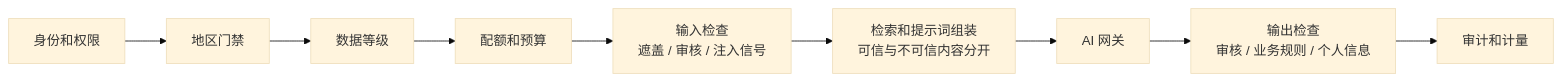
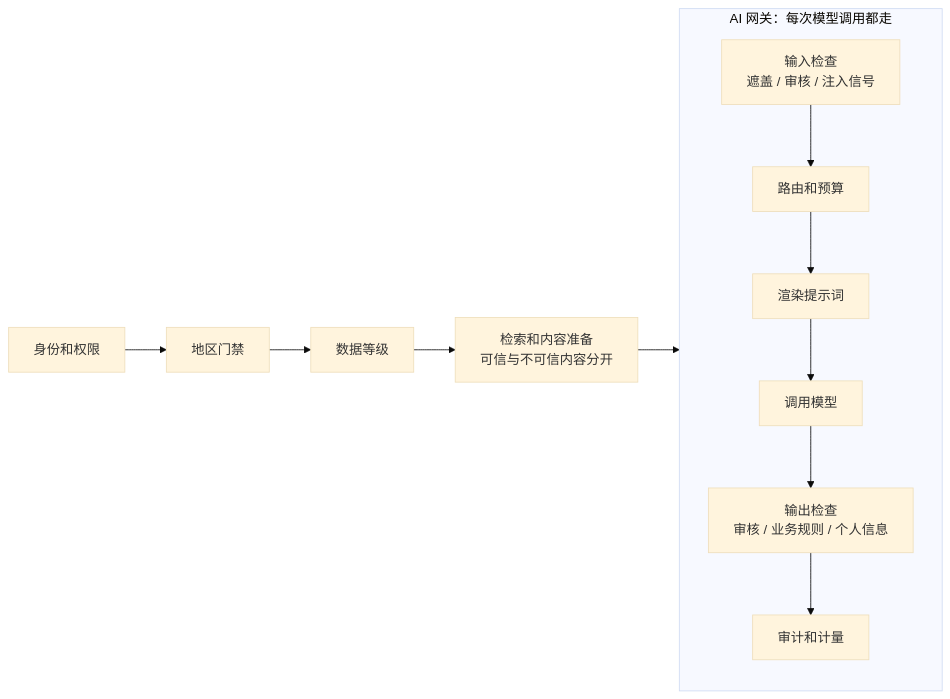
The seventh of 9 diagrams in docs/ai-engine-architecture-blueprint.md (brix-kit-dev/intergent), drawn with Mermaid (base theme) before and after one commit. The commit also changed other lines of this file, not shown here.

````diff
--- a/docs/ai-engine-architecture-blueprint.md
+++ b/docs/ai-engine-architecture-blueprint.md
@@ -734,11 +753,14 @@
 ```mermaid
 flowchart LR
     A["身份和权限"] --> B["地区门禁"]
     B --> C["数据等级"]
-    C --> D["配额和预算"]
-    D --> E["输入检查<br/>遮盖 / 审核 / 注入信号"]
-    E --> F["检索和提示词组装<br/>可信与不可信内容分开"]
-    F --> G["AI 网关"]
-    G --> H["输出检查<br/>审核 / 业务规则 / 个人信息"]
-    H --> I["审计和计量"]
+    C --> D["检索和内容准备<br/>可信与不可信内容分开"]
+    D --> gw
+    subgraph gw["AI 网关：每次模型调用都走"]
+        E["输入检查<br/>遮盖 / 审核 / 注入信号"] --> F["路由和预算"]
+        F --> R["渲染提示词"]
+        R --> M["调用模型"]
+        M --> H["输出检查<br/>审核 / 业务规则 / 个人信息"]
+        H --> I["审计和计量"]
+    end
 ```
````
